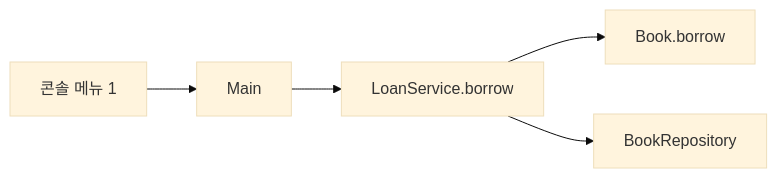
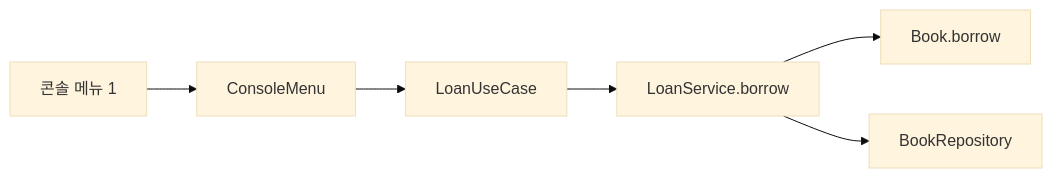
The first of 3 diagrams in .projectcode/wiki/scenarios.md (busan-bank-2026/hexa-example), drawn with Mermaid (base theme) before and after one commit. The commit also changed other lines of this file and 4 other files, not shown here.

````diff
--- a/.projectcode/wiki/scenarios.md
+++ b/.projectcode/wiki/scenarios.md
@@ -5,7 +5,8 @@
 ```mermaid
 flowchart LR
-  A[콘솔 메뉴 1] --> B[Main]
-  B --> C[LoanService.borrow]
-  C --> D[Book.borrow]
-  C --> E[BookRepository]
+  A[콘솔 메뉴 1] --> B[ConsoleMenu]
+  B --> C[LoanUseCase]
+  C --> D[LoanService.borrow]
+  D --> E[Book.borrow]
+  D --> F[BookRepository]
 ```
````
